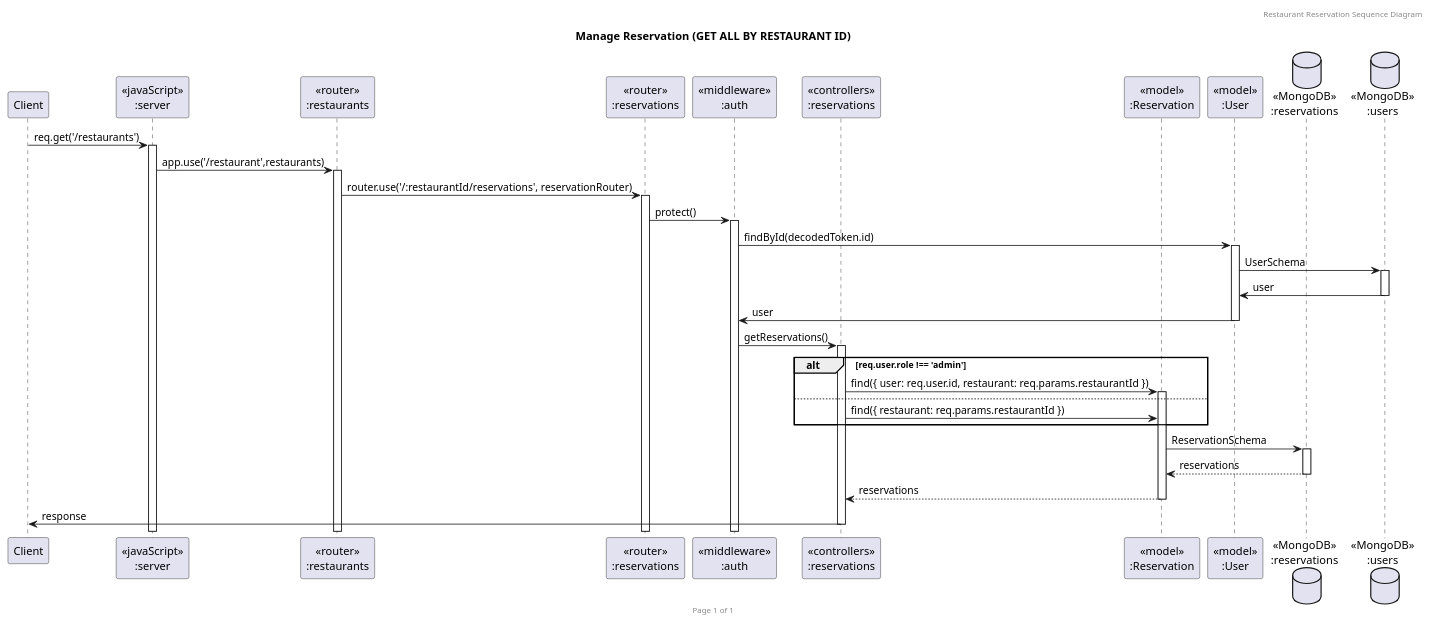
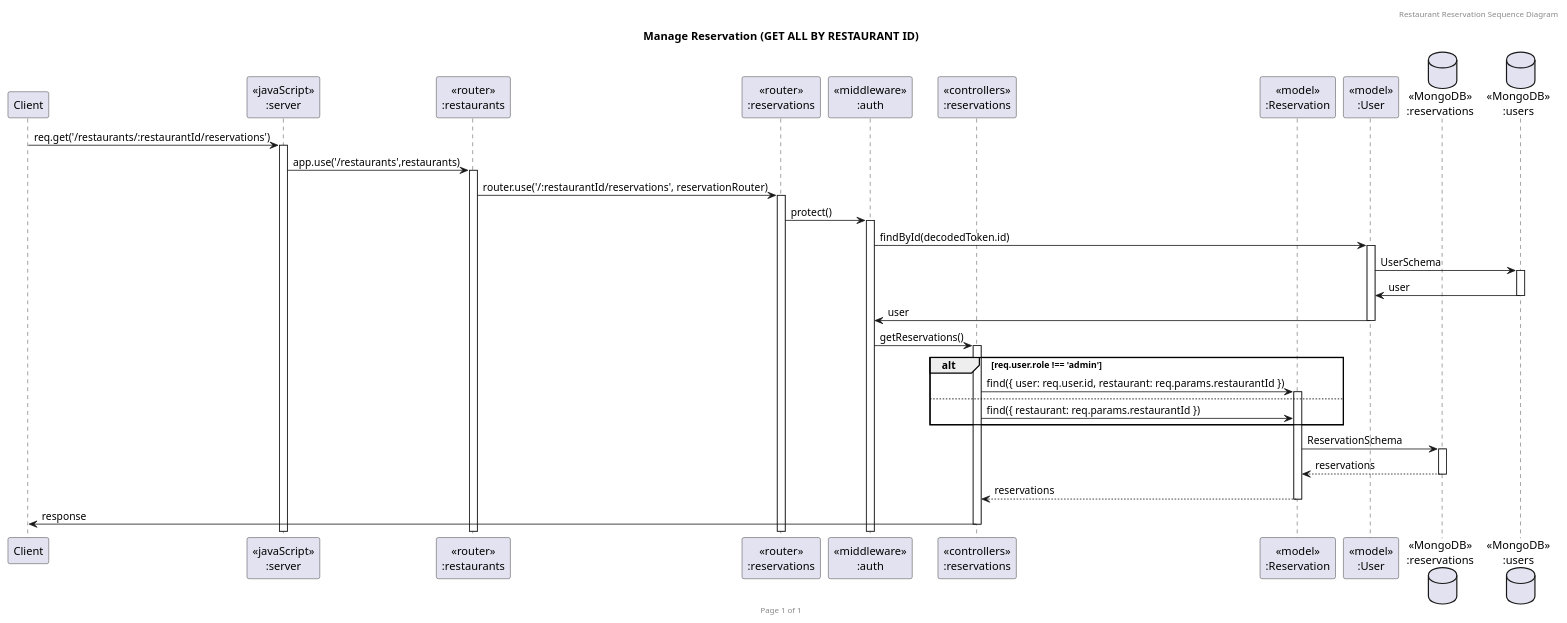
Before and after one commit to Prince-in-the-wood/sw-dev-term-project: the diagram in doc/sequence-diagrams/reservation/get-reservations-by-restaurant.puml, drawn with PlantUML. The commit also changed 1 other file, not shown here.

Commit message:
docs: Fix request in diagram

```diff
--- a/doc/sequence-diagrams/reservation/get-reservations-by-restaurant.puml
+++ b/doc/sequence-diagrams/reservation/get-reservations-by-restaurant.puml
@@ -1,40 +1,40 @@
 @startuml Manage Reservation (GET ALL)
 
 header Restaurant Reservation Sequence Diagram
 footer Page %page% of %lastpage%
 title "Manage Reservation (GET ALL BY RESTAURANT ID)"
 
 participant "Client" as client
 participant "<<javaScript>>\n:server" as server
 participant "<<router>>\n:restaurants" as routerRestaurants
 participant "<<router>>\n:reservations" as routerReservations
 participant "<<middleware>>\n:auth" as middlewareAuth
 participant "<<controllers>>\n:reservations" as controllersReservations
 participant "<<model>>\n:Reservation" as modelReservation
 participant "<<model>>\n:User" as modelUser
 database "<<MongoDB>>\n:reservations" as ReservationsDatabase
 database "<<MongoDB>>\n:users" as UsersDatabase
 
 ' GET ALL BY RESTAURANT ID
-client->server ++:req.get('/restaurants')
-server->routerRestaurants ++:app.use('/restaurant',restaurants)
+client->server ++:req.get('/restaurants/:restaurantId/reservations')
+server->routerRestaurants ++:app.use('/restaurants',restaurants)
 routerRestaurants->routerReservations ++:router.use('/:restaurantId/reservations', reservationRouter)
 routerReservations -> middlewareAuth ++:protect()
 middlewareAuth -> modelUser ++:findById(decodedToken.id)
 modelUser -> UsersDatabase ++:UserSchema
 UsersDatabase -> modelUser --:user
 modelUser -> middlewareAuth --:user
 middlewareAuth -> controllersReservations ++:getReservations()
 
 alt req.user.role !== 'admin'
     controllersReservations->modelReservation ++:find({ user: req.user.id, restaurant: req.params.restaurantId })
 else
     controllersReservations->modelReservation :find({ restaurant: req.params.restaurantId })
 end
 
 modelReservation ->ReservationsDatabase ++: ReservationSchema
 ReservationsDatabase --> modelReservation --: reservations
 controllersReservations <-- modelReservation --:reservations
 controllersReservations->client --:response
 
 @enduml
```
